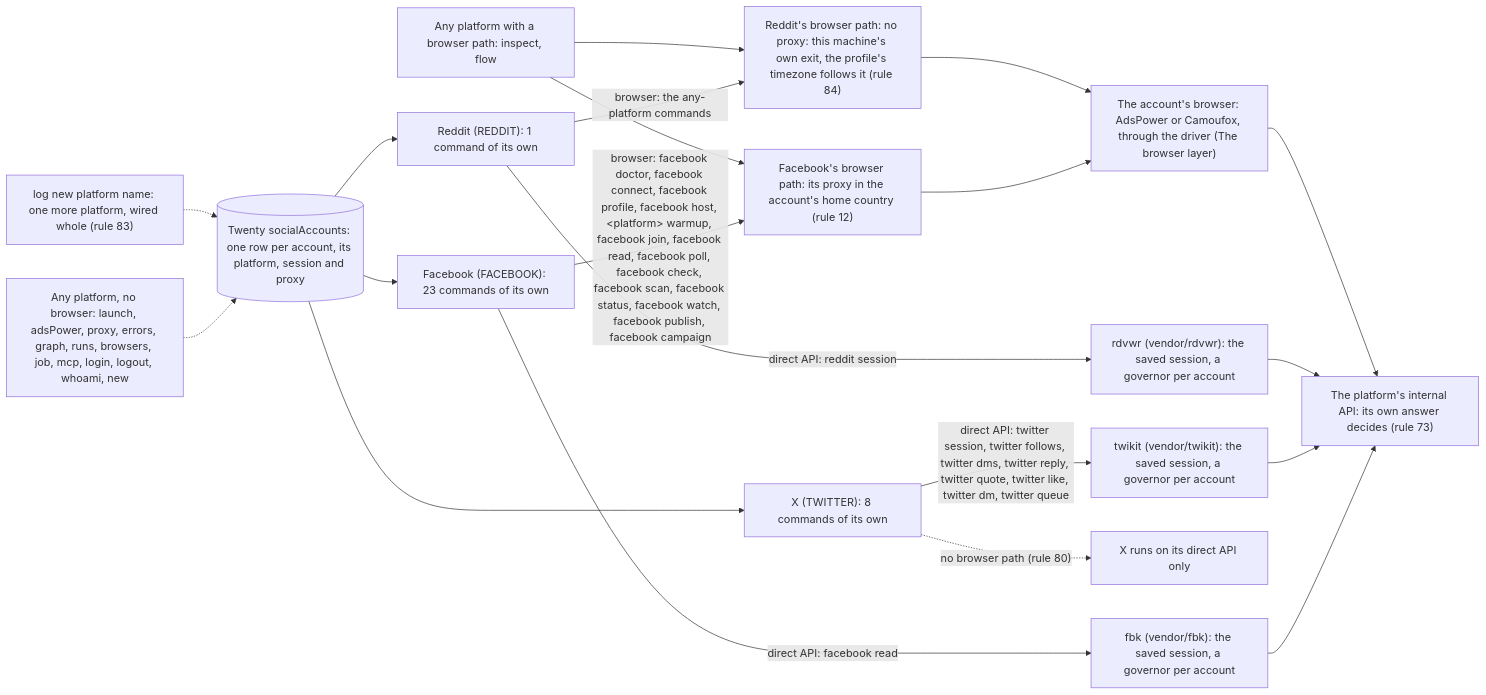
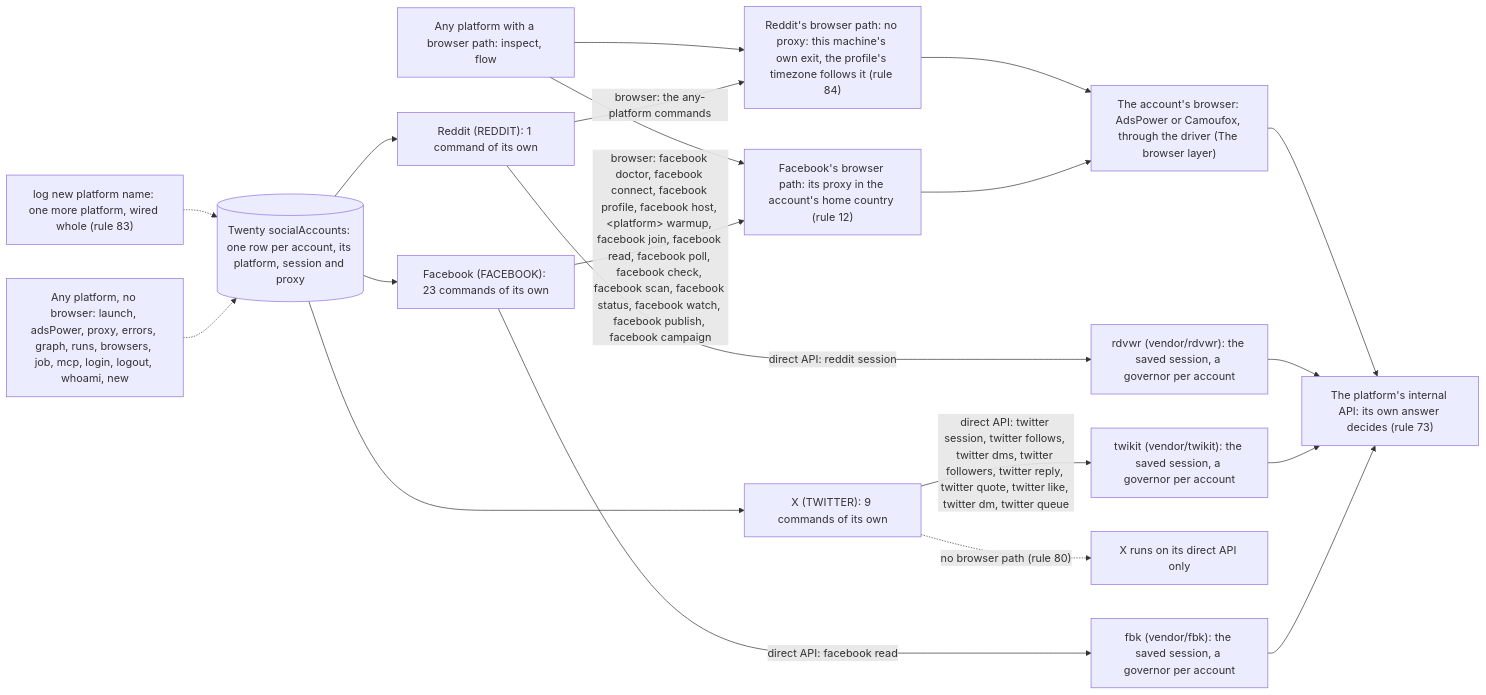
One commit to matthewdonsemail-lab/log changed the first of 6 diagrams in README.md. Above: the diagram before and after it, drawn with Mermaid. The commit also changed other lines of this file and 16 other files, not shown here.

Commit message:
feat(twitter): log twitter followers reads an X account's own followers on twikit

````diff
--- a/README.md
+++ b/README.md
@@ -126,30 +126,30 @@
 ```mermaid
 flowchart LR
   twenty[("Twenty socialAccounts: one row per account, its platform, session and proxy")]
   api["The platform's internal API: its own answer decides (rule 73)"]
   drivers["The account's browser: AdsPower or Camoufox, through the driver (The browser layer)"]
   p_facebook["Facebook (FACEBOOK): 23 commands of its own"]
   twenty --> p_facebook
   p_facebook -->|"direct API: facebook read"| e_fbk["fbk (vendor/fbk): the saved session, a governor per account"]
   e_fbk --> api
   p_facebook -->|"browser: facebook doctor, facebook connect, facebook profile, facebook host, #lt;platform#gt; warmup, facebook join, facebook read, facebook poll, facebook check, facebook scan, facebook status, facebook watch, facebook publish, facebook campaign"| b_facebook["Facebook's browser path: its proxy in the account's home country (rule 12)"]
   b_facebook --> drivers
-  p_twitter["X (TWITTER): 8 commands of its own"]
+  p_twitter["X (TWITTER): 9 commands of its own"]
   twenty --> p_twitter
-  p_twitter -->|"direct API: twitter session, twitter follows, twitter dms, twitter reply, twitter quote, twitter like, twitter dm, twitter queue"| e_twikit["twikit (vendor/twikit): the saved session, a governor per account"]
+  p_twitter -->|"direct API: twitter session, twitter follows, twitter dms, twitter followers, twitter reply, twitter quote, twitter like, twitter dm, twitter queue"| e_twikit["twikit (vendor/twikit): the saved session, a governor per account"]
   e_twikit --> api
   p_twitter -.->|"no browser path (rule 80)"| nob_twitter["X runs on its direct API only"]
   p_reddit["Reddit (REDDIT): 1 command of its own"]
   twenty --> p_reddit
   p_reddit -->|"direct API: reddit session"| e_rdvwr["rdvwr (vendor/rdvwr): the saved session, a governor per account"]
   e_rdvwr --> api
   p_reddit -->|"browser: the any-platform commands"| b_reddit["Reddit's browser path: no proxy: this machine's own exit, the profile's timezone follows it (rule 84)"]
   b_reddit --> drivers
   anyB["Any platform with a browser path: inspect, flow"]
   anyB --> b_facebook
   anyB --> b_reddit
   anyN["Any platform, no browser: launch, adsPower, proxy, errors, graph, runs, browsers, job, mcp, login, logout, whoami, new"]
   anyN -.-> twenty
   newP["log new platform name: one more platform, wired whole (rule 83)"] -.-> twenty
   drivers --> api
 ```
````
